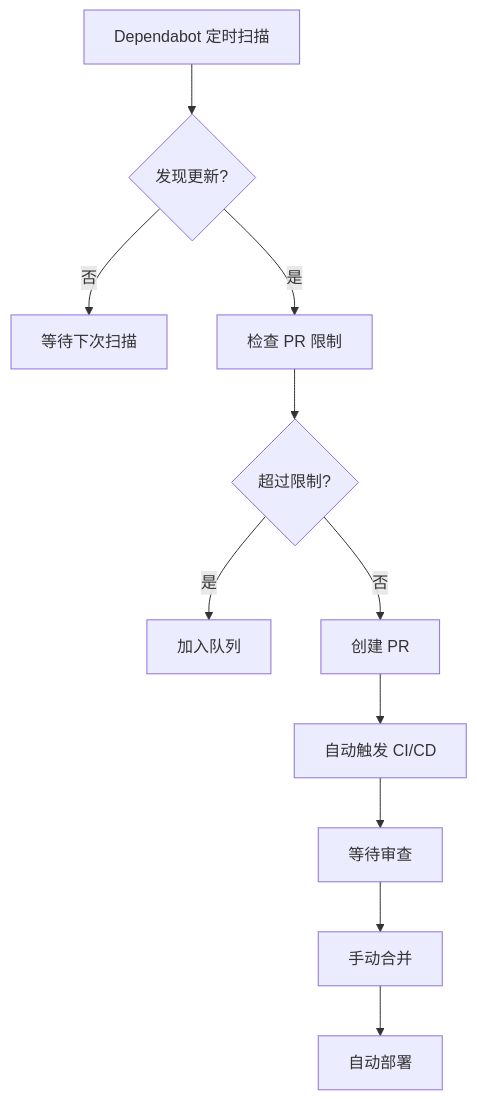
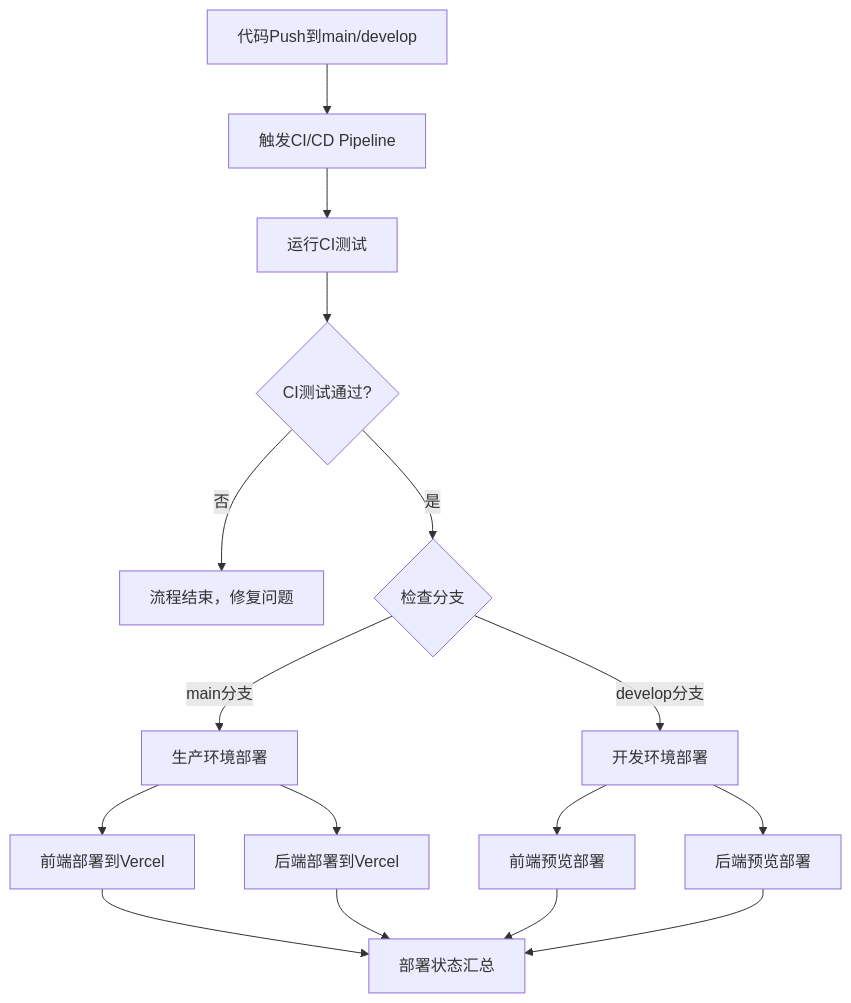
Before and after one commit to piggyzss/DouDou: the diagram in .github/README.md, drawn with Mermaid. The commit also changed other lines of this file and 1 other file, not shown here.

````diff
--- a/.github/README.md
+++ b/.github/README.md
@@ -355,13 +77,18 @@
 ```mermaid
 graph TD
-    A[Dependabot 定时扫描] --> B{发现更新?}
-    B -->|否| C[等待下次扫描]
-    B -->|是| D[检查 PR 限制]
-    D --> E{超过限制?}
-    E -->|是| F[加入队列]
-    E -->|否| G[创建 PR]
-    G --> H[自动触发 CI/CD]
-    H --> I[等待审查]
-    I --> J[手动合并]
-    J --> K[自动部署]
+    A[代码Push到main/develop] --> B[触发CI/CD Pipeline]
+    B --> C[运行CI测试]
+    C --> D{CI测试通过?}
+    D -->|否| E[流程结束，修复问题]
+    D -->|是| F{检查分支}
+    F -->|main分支| G[生产环境部署]
+    F -->|develop分支| H[开发环境部署]
+    G --> I[前端部署到Vercel]
+    G --> J[后端部署到Vercel]
+    H --> K[前端预览部署]
+    H --> L[后端预览部署]
+    I --> M[部署状态汇总]
+    J --> M
+    K --> M
+    L --> M
 ```
````
